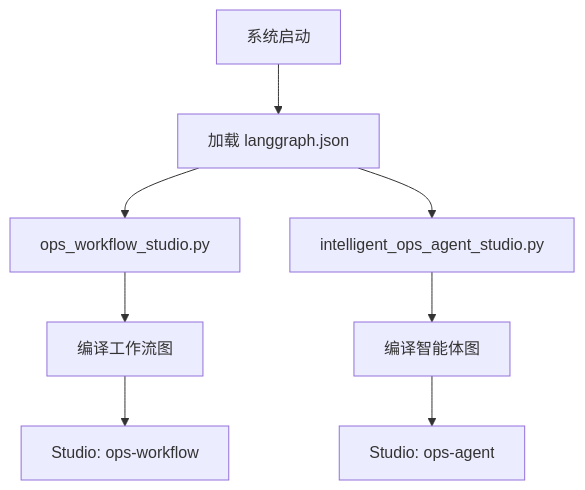
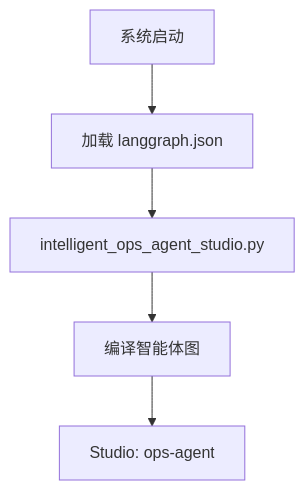
Before and after one commit to pcliu/intelligent-ops-agent: the diagram in ARCHITECTURE.md, drawn with Mermaid. The commit also changed other lines of this file and 10 other files, not shown here.

Commit message:
Remove langgraph_workflow and simplify to single-agent architecture

````diff
--- a/ARCHITECTURE.md
+++ b/ARCHITECTURE.md
@@ -66,10 +49,7 @@
 ```mermaid
 graph TD
     A[系统启动] --> B[加载 langgraph.json]
-    B --> C[ops_workflow_studio.py]
     B --> D[intelligent_ops_agent_studio.py]
-    C --> E[编译工作流图]
     D --> F[编译智能体图]
-    E --> G[Studio: ops-workflow]
     F --> H[Studio: ops-agent]
 ```
````
